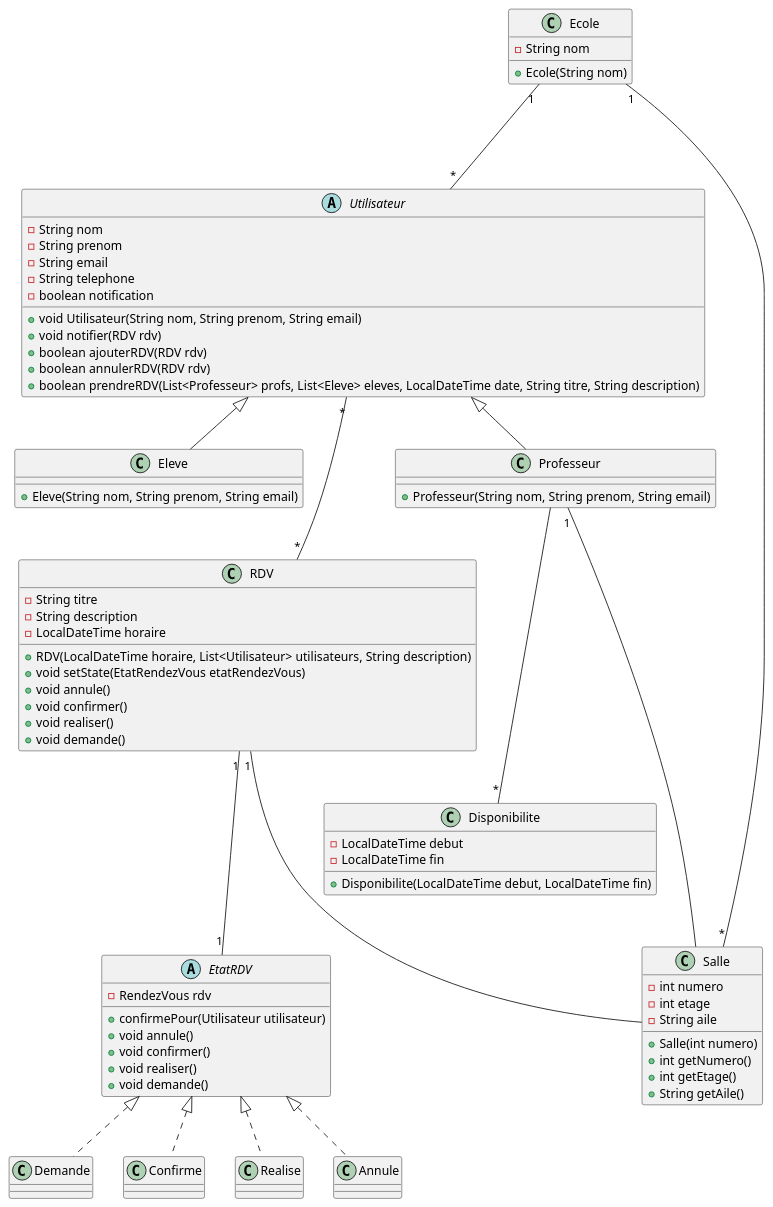
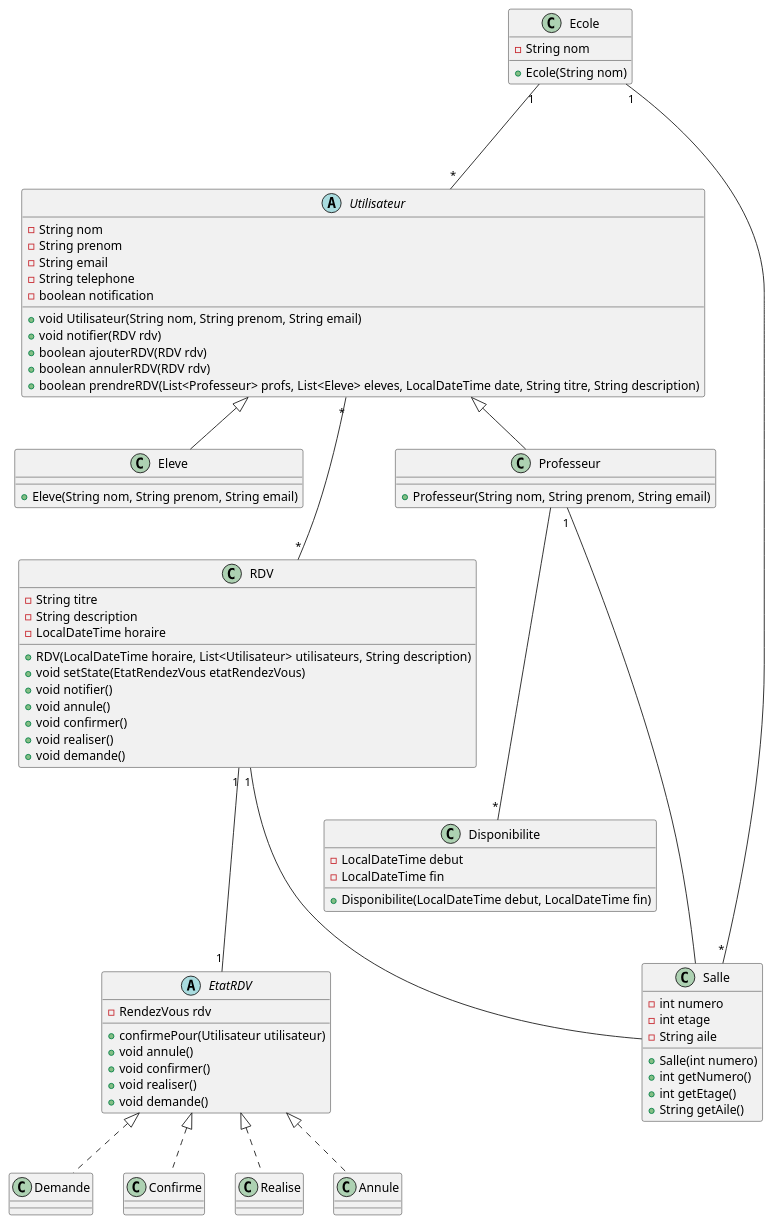
The diagram in Conception/DiagrameClasse.puml (Jcz125/meeting-manager-app), drawn with PlantUML before and after one commit.

Commit message:
ajouter notifier RDV

```diff
--- a/Conception/DiagrameClasse.puml
+++ b/Conception/DiagrameClasse.puml
@@ -1,102 +1,103 @@
 @startuml Diagramme de classe
 
 abstract class Utilisateur {
     - String nom
     - String prenom
     - String email
     - String telephone
     - boolean notification
     
     + void Utilisateur(String nom, String prenom, String email)
     + void notifier(RDV rdv)
     + boolean ajouterRDV(RDV rdv)
     + boolean annulerRDV(RDV rdv)
     + boolean prendreRDV(List<Professeur> profs, List<Eleve> eleves, LocalDateTime date, String titre, String description)
 }
 
 class Professeur {
     + Professeur(String nom, String prenom, String email)
 }
 
 class Eleve {
     + Eleve(String nom, String prenom, String email)
 }
 
 class Disponibilite {
     - LocalDateTime debut
     - LocalDateTime fin
 
     + Disponibilite(LocalDateTime debut, LocalDateTime fin)
 }
 
 class RDV {
     - String titre
     - String description
     - LocalDateTime horaire
     
     + RDV(LocalDateTime horaire, List<Utilisateur> utilisateurs, String description)
     + void setState(EtatRendezVous etatRendezVous)
+    + void notifier()
     + void annule()
     + void confirmer()
     + void realiser()
     + void demande()
 }
 
 abstract class EtatRDV {
     - RendezVous rdv
     + confirmePour(Utilisateur utilisateur)
     + void annule()
     + void confirmer()
     + void realiser()
     + void demande()
 }
 
 class Demande {
 }
 
 class Confirme {
 }
 
 class Realise {
 }
 
 class Annule {
 }
 
 
 class Ecole {
     - String nom
     + Ecole(String nom)
 }
 
 class Salle {
     - int numero
     - int etage
     - String aile
 
     + Salle(int numero)
     + int getNumero()
     + int getEtage()
     + String getAile()
 }
 
 
 Utilisateur "*" --- "*" RDV
 Ecole "1" --- "*" Utilisateur
 Ecole "1" --- "*" Salle
 
 
 EtatRDV <|.. Confirme
 EtatRDV <|.. Annule
 EtatRDV <|.. Realise
 EtatRDV <|.. Demande
 
 RDV "1" --- "1" EtatRDV
 RDV "1" --- Salle
 Professeur "1" --- Salle
 
 Utilisateur  <|--  Professeur
 Utilisateur  <|--  Eleve
 Professeur --- "*" Disponibilite
 
 @enduml
```
